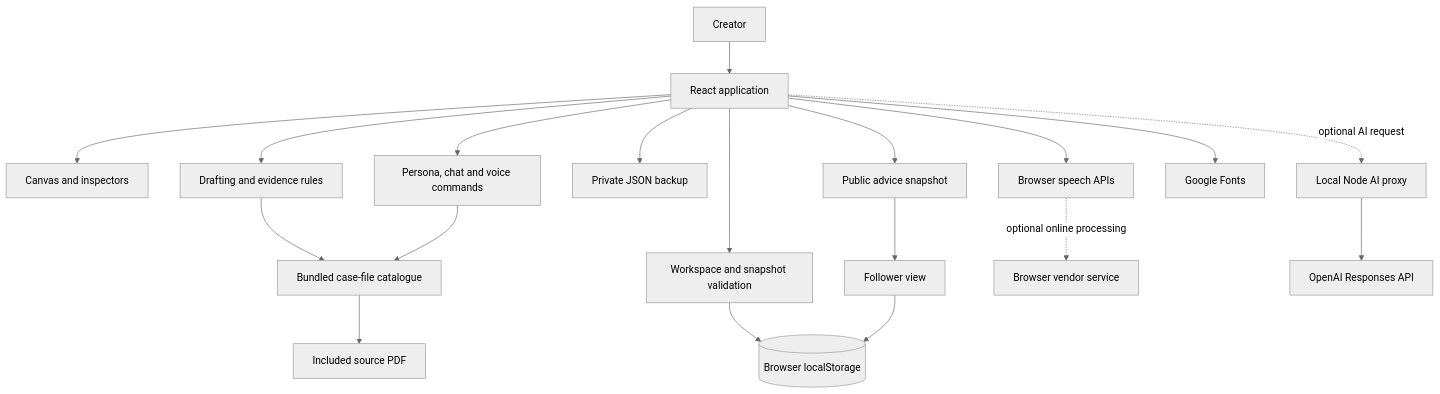
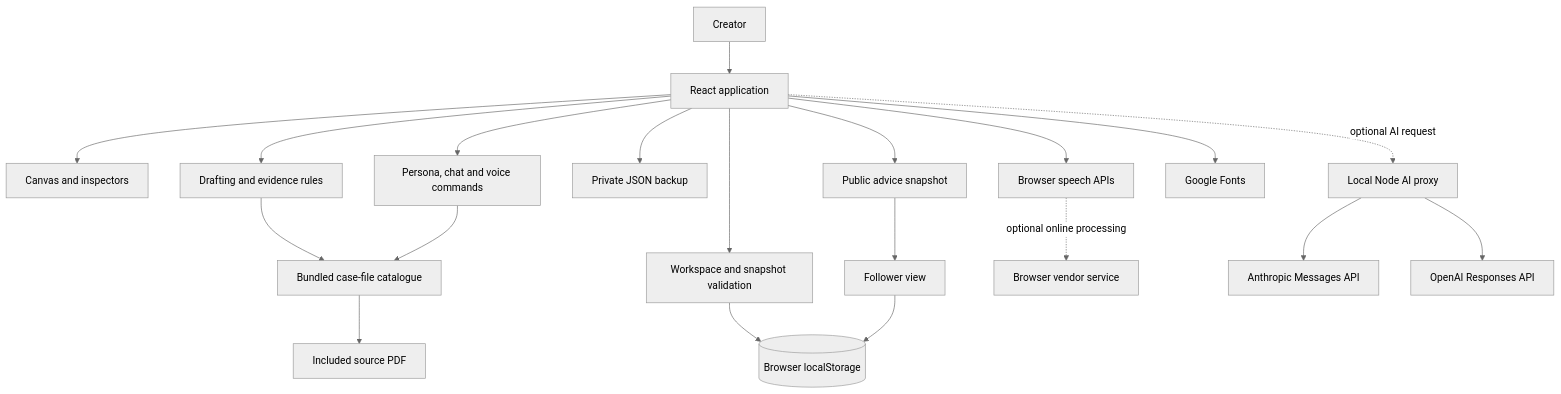
One commit to MasteraSnackin/GoodCall changed the first of 2 diagrams in ARCHITECTURE.md. Above: the diagram before and after it, drawn with Mermaid (neutral theme). The commit also changed other lines of this file and 57 other files, not shown here.

````diff
--- a/ARCHITECTURE.md
+++ b/ARCHITECTURE.md
@@ -26,21 +26,22 @@
 ```mermaid
 flowchart TB
   Person[Creator] --> App[React application]
   App --> Canvas[Canvas and inspectors]
   App --> Rules[Drafting and evidence rules]
   App --> Persona[Persona, chat and voice commands]
   Rules --> Catalogue[Bundled case-file catalogue]
   Persona --> Catalogue
   App --> Validator[Workspace and snapshot validation]
   Validator --> Store[(Browser localStorage)]
   App --> Backup[Private JSON backup]
   App --> Public[Public advice snapshot]
   Public --> Advice[Follower view]
   Advice --> Store
   App --> Speech[Browser speech APIs]
   Speech -. optional online processing .-> Vendor[Browser vendor service]
   App -. optional AI request .-> Proxy[Local Node AI proxy]
+  Proxy --> Claude[Anthropic Messages API]
   Proxy --> OpenAI[OpenAI Responses API]
   App --> Fonts[Google Fonts]
   Catalogue --> PDF[Included source PDF]
 ```
````
